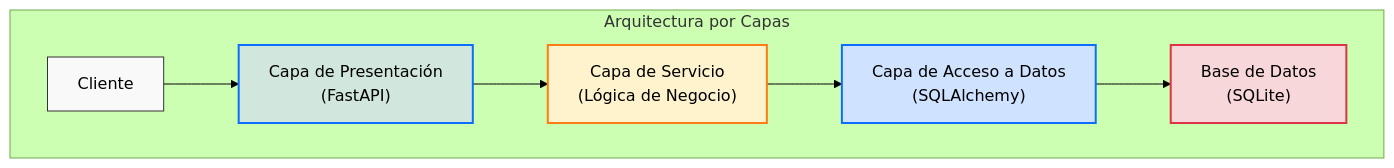
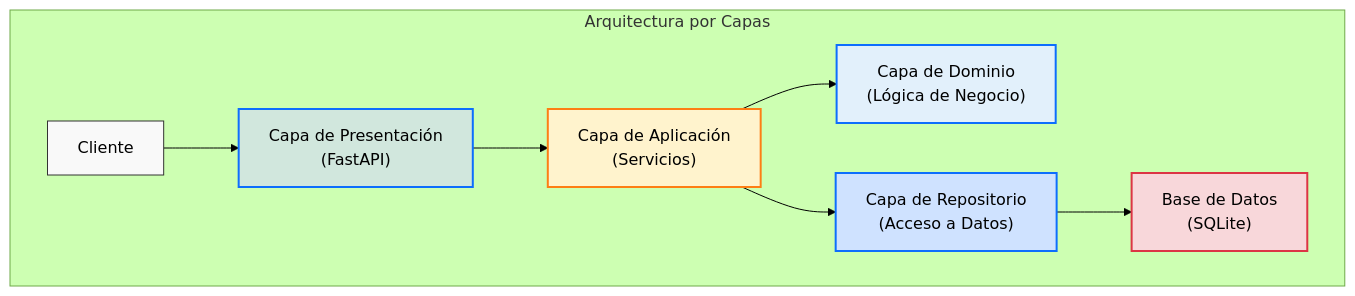
The first of 6 diagrams in docs/architecture.md (marcelovidalp/Act02_LL_Airport), drawn with Mermaid (forest theme) before and after one commit. The commit also changed other lines of this file and 36 other files, not shown here.

````diff
--- a/docs/architecture.md
+++ b/docs/architecture.md
@@ -9,15 +9,17 @@
 ```mermaid
 graph TD
     subgraph "Arquitectura por Capas"
         A[Cliente] --> B["Capa de Presentación<br>(FastAPI)"]
-        B --> C["Capa de Servicio<br>(Lógica de Negocio)"]
-        C --> D["Capa de Acceso a Datos<br>(SQLAlchemy)"]
-        D --> E["Base de Datos<br>(SQLite)"]
+        B --> C["Capa de Aplicación<br>(Servicios)"]
+        C --> D1["Capa de Dominio<br>(Lógica de Negocio)"]
+        C --> D2["Capa de Repositorio<br>(Acceso a Datos)"]
+        D2 --> E["Base de Datos<br>(SQLite)"]
     end
     
     style A fill:#f9f9f9,stroke:#333,stroke-width:1px
     style B fill:#d1e7dd,stroke:#0d6efd,stroke-width:2px
     style C fill:#fff3cd,stroke:#fd7e14,stroke-width:2px
-    style D fill:#cfe2ff,stroke:#0d6efd,stroke-width:2px
+    style D1 fill:#e2f0fb,stroke:#0d6efd,stroke-width:2px
+    style D2 fill:#cfe2ff,stroke:#0d6efd,stroke-width:2px
     style E fill:#f8d7da,stroke:#dc3545,stroke-width:2px
 ```
````
